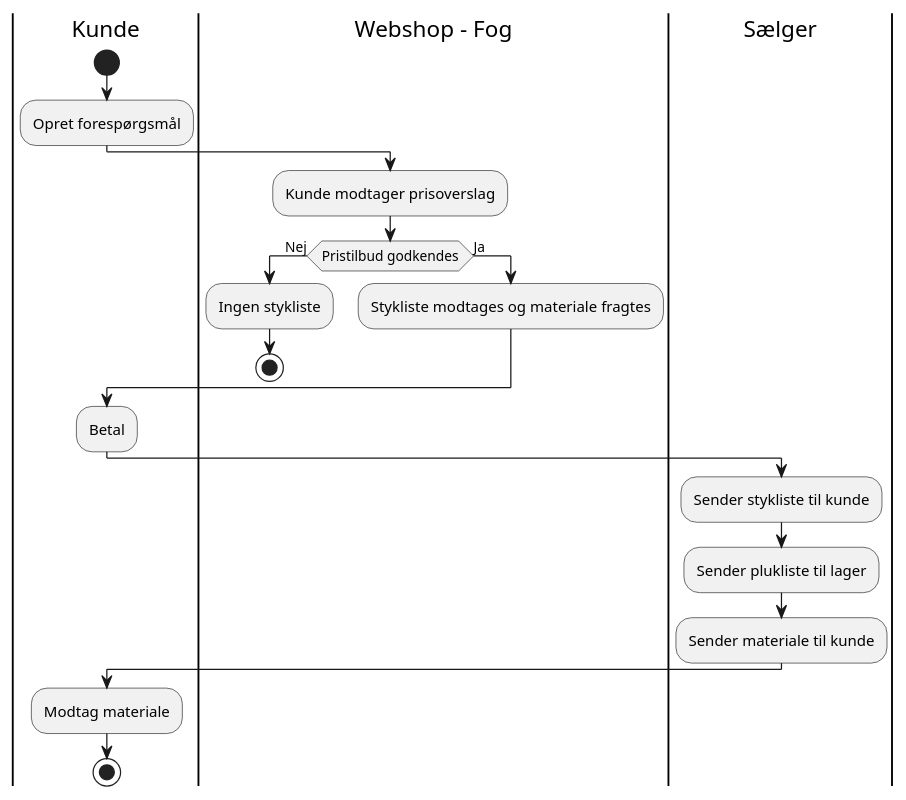
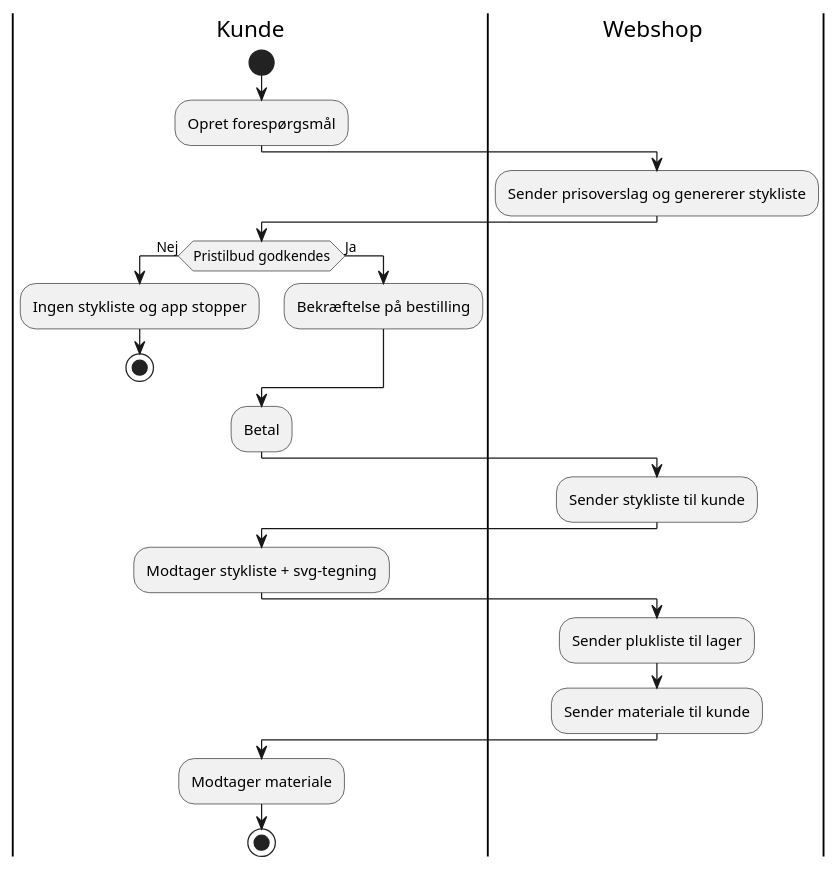
Before and after one commit to mridrisisci/fog-projekt: the diagram in docs/aktivitetsdiagram-tobe.puml, drawn with PlantUML. The commit also changed 2 other files, not shown here.

Commit message:
opdateret aktivitetsdiagram tobe

```diff
--- a/docs/aktivitetsdiagram-tobe.puml
+++ b/docs/aktivitetsdiagram-tobe.puml
@@ -1,29 +1,37 @@
 @startuml
 'https://plantuml.com/activity-diagram-beta
 
 |Kunde|
 start
 :Opret forespørgsmål;
 
-|Webshop - Fog|
-:Kunde modtager prisoverslag;
+|Webshop |
+:Sender prisoverslag og genererer stykliste;
+
+|Kunde|
 if (Pristilbud godkendes) then (Nej)
-  :Ingen stykliste;
+  :Ingen stykliste og app stopper;
   stop
 else (Ja)
-  :Stykliste modtages og materiale fragtes;
+  :Bekræftelse på bestilling;
 endif
 
 |Kunde|
 :Betal;
 
-|Sælger|
+|Webshop |
 :Sender stykliste til kunde;
+
+|Kunde|
+:Modtager stykliste + svg-tegning;
+
+|Webshop |
 :Sender plukliste til lager;
 :Sender materiale til kunde;
 
+
 |Kunde|
-:Modtag materiale;
+:Modtager materiale;
 
 stop
 @enduml
```
